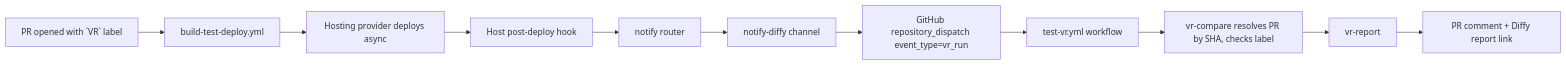
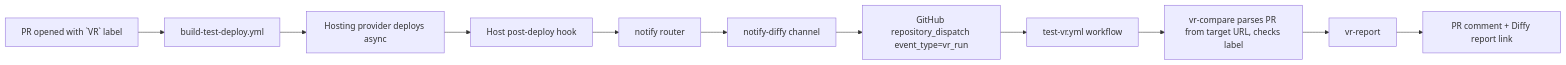
The first of 3 diagrams in .vortex/docs/content/development/visual-regression.mdx (drevops/vortex), drawn with Mermaid before and after one commit. The commit also changed other lines of this file and 2 other files, not shown here.

Commit message:
Removed unneeded token fences, switched PR lookup to target URL pattern.

````diff
--- a/.vortex/docs/content/development/visual-regression.mdx
+++ b/.vortex/docs/content/development/visual-regression.mdx
@@ -20,13 +20,13 @@
 ```mermaid
 flowchart LR
   A[PR opened with `VR` label] --> B[build-test-deploy.yml]
   B --> C[Hosting provider deploys async]
   C --> D[Host post-deploy hook]
   D --> E[notify router]
   E --> F[notify-diffy channel]
   F --> G[GitHub repository_dispatch event_type=vr_run]
   G --> H[test-vr.yml workflow]
-  H --> I[vr-compare resolves PR by SHA, checks label]
+  H --> I[vr-compare parses PR from target URL, checks label]
   I --> J[vr-report]
   J --> K[PR comment + Diffy report link]
 ```
````
